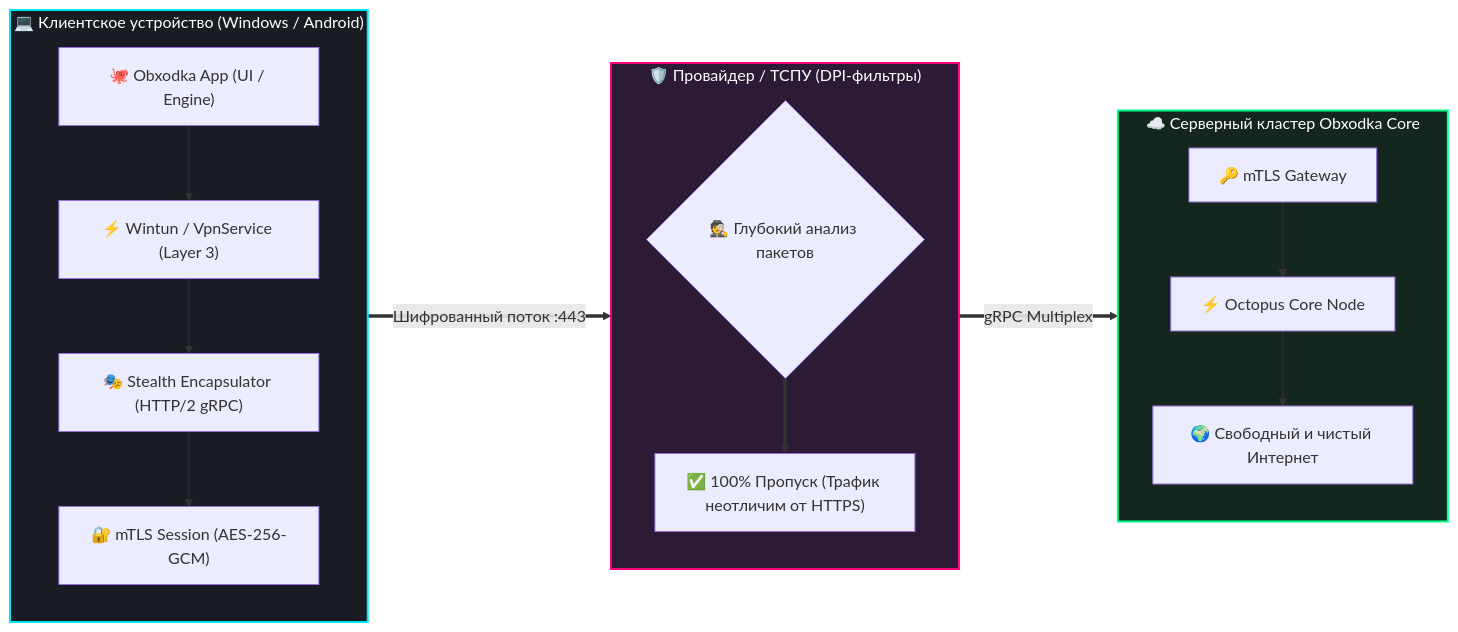
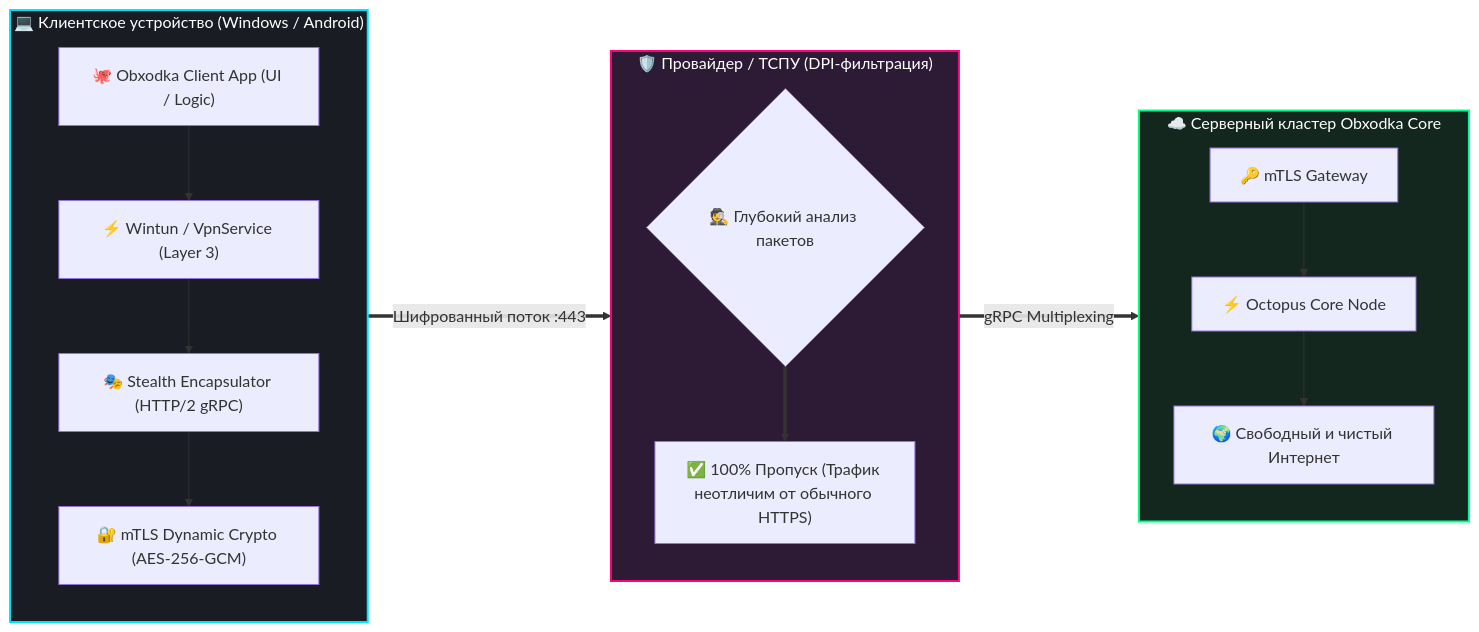
The first of 2 diagrams in README.md (OctoCore-Dev/obxodka), drawn with Mermaid before and after one commit. The commit also changed other lines of this file, not shown here.

Commit message:
docs: добавить диаграмму mTLS, Roadmap 2026 и интерактивный FAQ [skip ci]

````diff
--- a/README.md
+++ b/README.md
@@ -37,37 +46,37 @@
 ```mermaid
 flowchart LR
     subgraph Client["💻 Клиентское устройство (Windows / Android)"]
         direction TB
-        App["🐙 Obxodka App (UI / Engine)"]
+        App["🐙 Obxodka Client App (UI / Logic)"]
         Adapter["⚡ Wintun / VpnService (Layer 3)"]
         Stealth["🎭 Stealth Encapsulator (HTTP/2 gRPC)"]
-        Crypto["🔐 mTLS Session (AES-256-GCM)"]
+        Crypto["🔐 mTLS Dynamic Crypto (AES-256-GCM)"]
         App --> Adapter --> Stealth --> Crypto
     end
 
-    subgraph ISP["🛡️ Провайдер / ТСПУ (DPI-фильтры)"]
+    subgraph ISP["🛡️ Провайдер / ТСПУ (DPI-фильтрация)"]
         direction TB
         DPI{"🕵️ Глубокий анализ пакетов"}
-        Pass["✅ 100% Пропуск (Трафик неотличим от HTTPS)"]
+        Pass["✅ 100% Пропуск (Трафик неотличим от обычного HTTPS)"]
         DPI ==> Pass
     end
 
     subgraph Server["☁️ Серверный кластер Obxodka Core"]
         direction TB
         mTLS_GW["🔑 mTLS Gateway"]
         OctoCore["⚡ Octopus Core Node"]
         CleanNet["🌍 Свободный и чистый Интернет"]
         mTLS_GW --> OctoCore --> CleanNet
     end
 
     Crypto ==>|Шифрованный поток :443| DPI
-    Pass ==>|gRPC Multiplex| mTLS_GW
+    Pass ==>|gRPC Multiplexing| mTLS_GW
 
     classDef clientStyle fill:#1a1c23,stroke:#00e5ff,stroke-width:2px,color:#fff;
     classDef dpiStyle fill:#2d1b36,stroke:#ff007f,stroke-width:2px,color:#fff;
     classDef serverStyle fill:#13271f,stroke:#00ff88,stroke-width:2px,color:#fff;
     
     class Client clientStyle;
     class ISP dpiStyle;
     class Server serverStyle;
 ```
````
